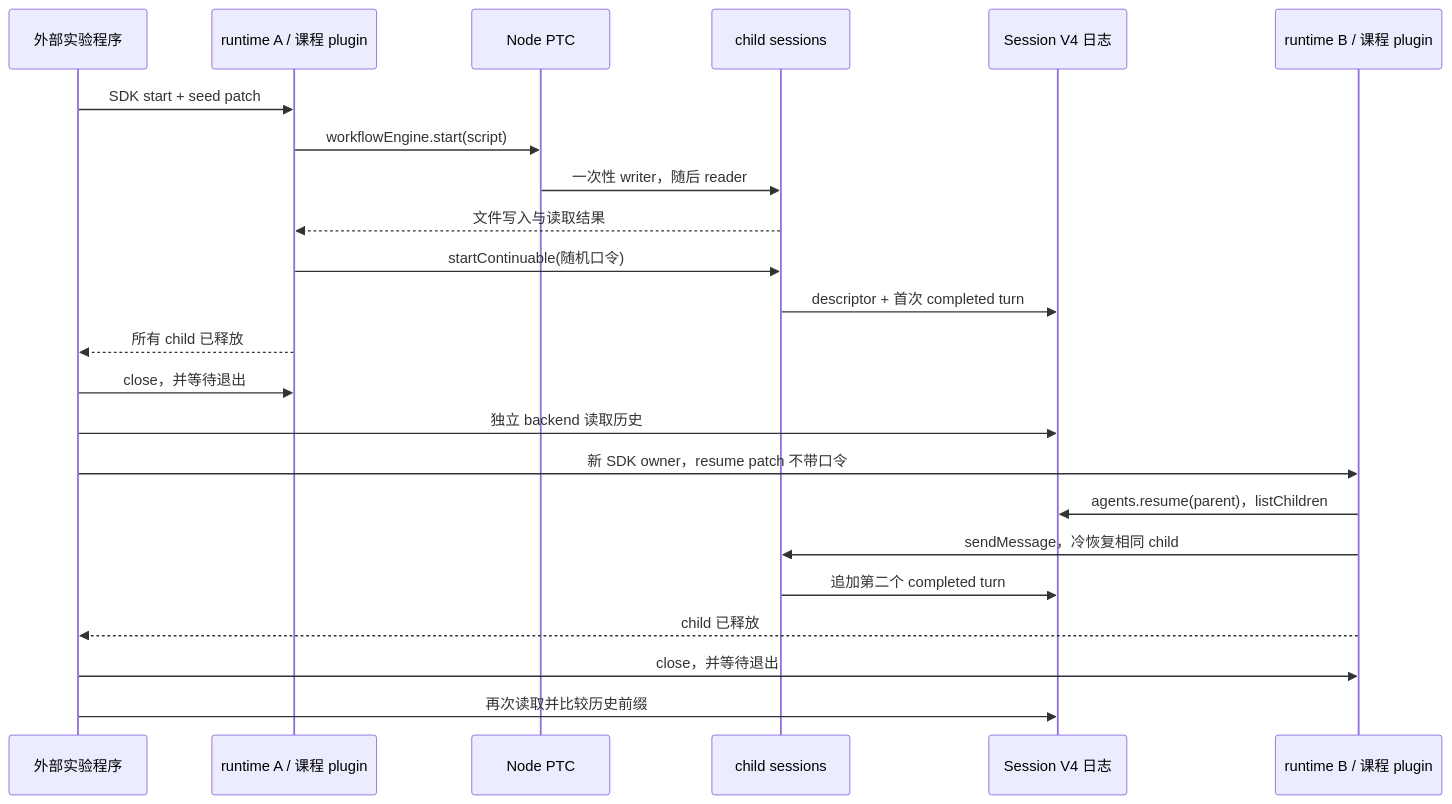
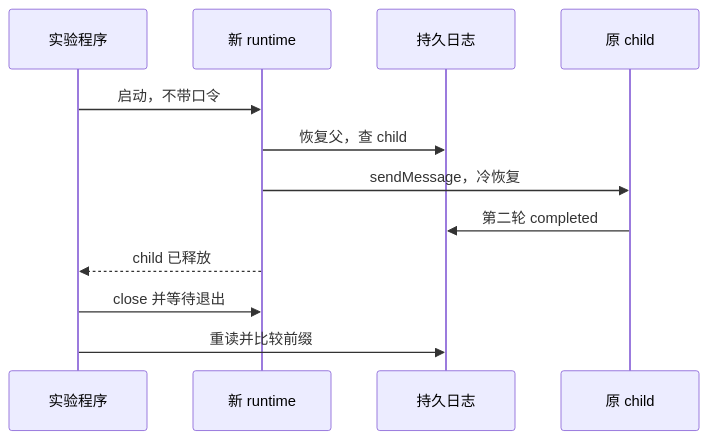
The second of 2 diagrams in labs/workflow-child-lifecycle/README.md (eriklee1895/hands-on-dsh), drawn with Mermaid before and after one commit. The commit also changed other lines of this file and 86 other files, not shown here.

Commit message:
docs: improve course narrative, technical guidance, and diagrams

````diff
--- a/labs/workflow-child-lifecycle/README.md
+++ b/labs/workflow-child-lifecycle/README.md
@@ -37,25 +55,14 @@
 ```mermaid
 sequenceDiagram
-    participant H as 外部实验程序
-    participant A as runtime A / 课程 plugin
-    participant P as Node PTC
-    participant C as child sessions
-    participant D as Session V4 日志
-    participant B as runtime B / 课程 plugin
-    H->>A: SDK start + seed patch
-    A->>P: workflowEngine.start(script)
-    P->>C: 一次性 writer，随后 reader
-    C-->>A: 文件写入与读取结果
-    A->>C: startContinuable(随机口令)
-    C->>D: descriptor + 首次 completed turn
-    A-->>H: 所有 child 已释放
-    H->>A: close，并等待退出
-    H->>D: 独立 backend 读取历史
-    H->>B: 新 SDK owner，resume patch 不带口令
-    B->>D: agents.resume(parent)，listChildren
-    B->>C: sendMessage，冷恢复相同 child
-    C->>D: 追加第二个 completed turn
+    participant H as 实验程序
+    participant B as 新 runtime
+    participant D as 持久日志
+    participant C as 原 child
+    H->>B: 启动，不带口令
+    B->>D: 恢复父，查 child
+    B->>C: sendMessage，冷恢复
+    C->>D: 第二轮 completed
     B-->>H: child 已释放
-    H->>B: close，并等待退出
-    H->>D: 再次读取并比较历史前缀
+    H->>B: close 并等待退出
+    H->>D: 重读并比较前缀
 ```
````
